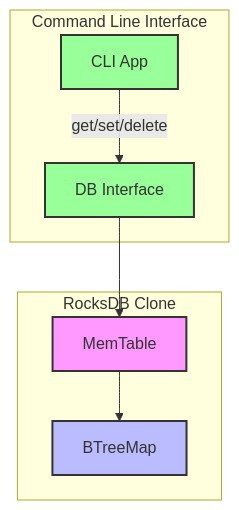
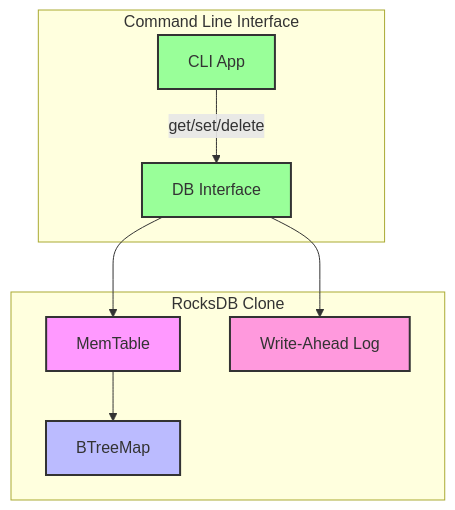
Before and after one commit to kumarlokesh/sysd: the diagram in exercises/rocksdb-clone/README.md, drawn with Mermaid. The commit also changed other lines of this file and 8 other files, not shown here.

````diff
--- a/exercises/rocksdb-clone/README.md
+++ b/exercises/rocksdb-clone/README.md
@@ -21,17 +21,19 @@
 ```mermaid
 graph TD
     subgraph CLI[Command Line Interface]
         A[CLI App] -->|get/set/delete| B[DB Interface]
     end
     
     subgraph DB[RocksDB Clone]
         B --> C[MemTable]
         C --> D[BTreeMap]
+        B --> E[Write-Ahead Log]
         
         style C fill:#f9f,stroke:#333,stroke-width:2px
         style D fill:#bbf,stroke:#333,stroke-width:2px
+        style E fill:#f9d,stroke:#333,stroke-width:2px
     end
     
     style A fill:#9f9,stroke:#333,stroke-width:2px
     style B fill:#9f9,stroke:#333,stroke-width:2px
 ```
````
